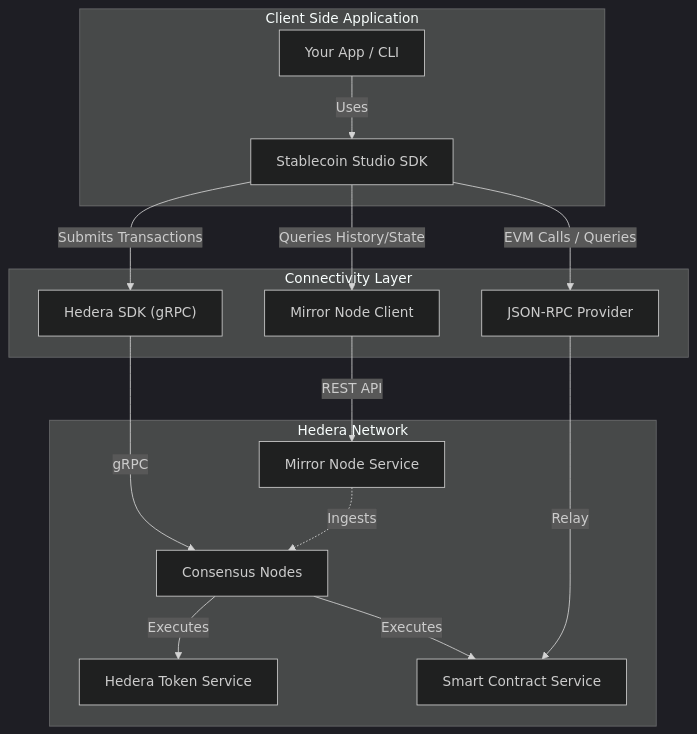
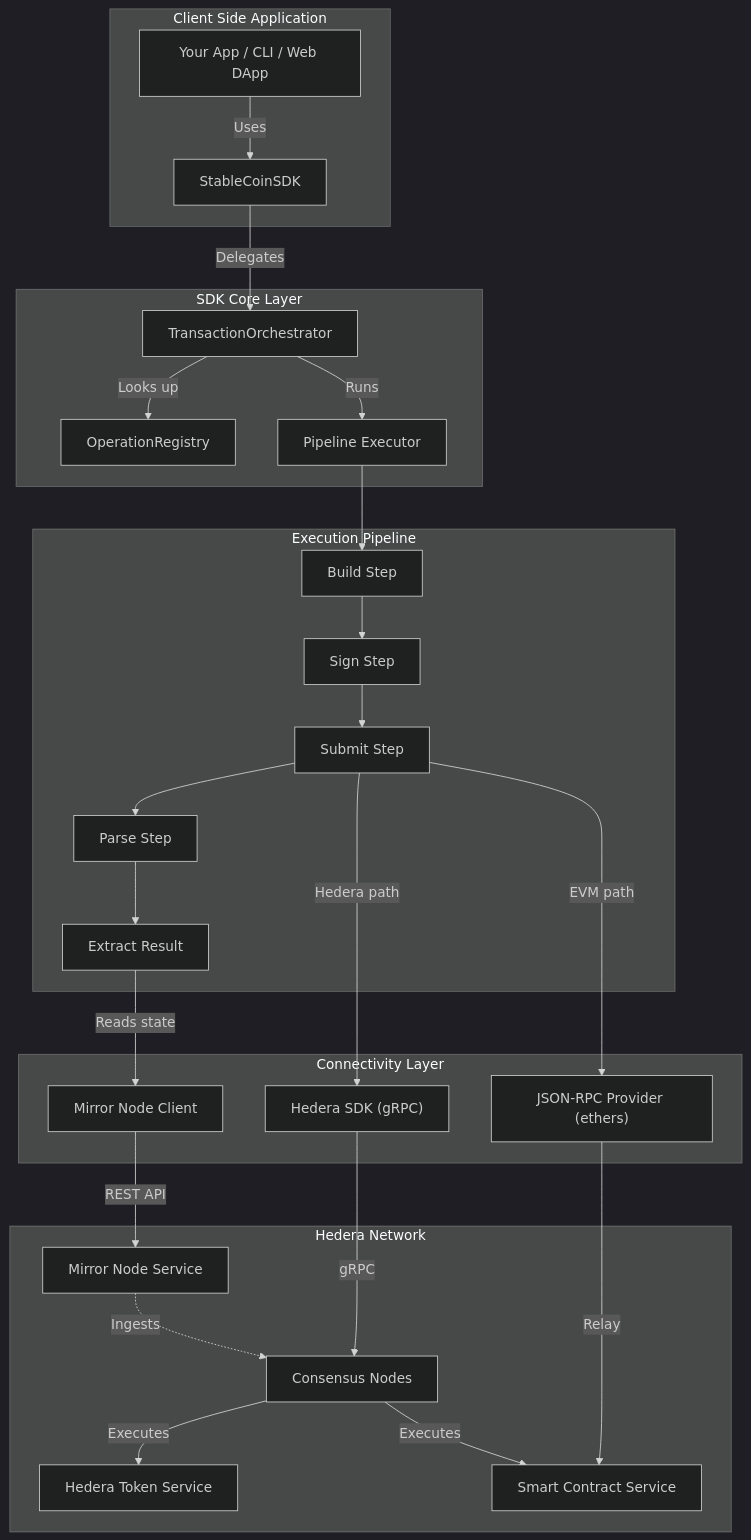
One commit to hashgraph/stablecoin-studio changed the diagram in documentation/sdk/architecture.md. Above: the diagram before and after it, drawn with Mermaid (dark theme). The commit also changed other lines of this file and 10 other files, not shown here.

Commit message:
docs: update SDK documentation to reflect pipeline architecture refactor

````diff
--- a/documentation/sdk/architecture.md
+++ b/documentation/sdk/architecture.md
@@ -16,37 +14,52 @@
 ```mermaid
 graph TD
     subgraph Client_Side ["Client Side Application"]
-        App["Your App / CLI"]
-        SDK["Stablecoin Studio SDK"]
+        App["Your App / CLI / Web DApp"]
+        SDK["StableCoinSDK"]
     end
 
-    subgraph Connectivity_Layer ["Connectivity Layer"]
+    subgraph Core_Layer ["SDK Core Layer"]
+        Orchestrator["TransactionOrchestrator"]
+        Registry["OperationRegistry"]
+        Pipeline["Pipeline Executor"]
+    end
+
+    subgraph Steps ["Execution Pipeline"]
+        Build["Build Step"]
+        Sign["Sign Step"]
+        Submit["Submit Step"]
+        Parse["Parse Step"]
+        Extract["Extract Result"]
+    end
+
+    subgraph Connectivity ["Connectivity Layer"]
         H_SDK["Hedera SDK (gRPC)"]
-        RPC["JSON-RPC Provider"]
+        RPC["JSON-RPC Provider (ethers)"]
         Mirror["Mirror Node Client"]
     end
 
     subgraph Hedera_Network ["Hedera Network"]
         Consensus["Consensus Nodes"]
         HTS["Hedera Token Service"]
         HSCS["Smart Contract Service"]
         MirrorNode["Mirror Node Service"]
     end
 
     App -->|Uses| SDK
+    SDK -->|Delegates| Orchestrator
+    Orchestrator -->|Looks up| Registry
+    Orchestrator -->|Runs| Pipeline
 
-    %% Transaction Submission path
-    SDK -->|Submits Transactions| H_SDK
+    Pipeline --> Build --> Sign --> Submit --> Parse --> Extract
+
+    Submit -->|Hedera path| H_SDK
+    Submit -->|EVM path| RPC
+    Extract -->|Reads state| Mirror
+
     H_SDK -->|gRPC| Consensus
+    RPC -->|Relay| HSCS
     Consensus -->|Executes| HTS
     Consensus -->|Executes| HSCS
-
-    %% Smart Contract View / Call path
-    SDK -->|EVM Calls / Queries| RPC
-    RPC -->|Relay| HSCS
-
-    %% Data Retrieval path
-    SDK -->|Queries History/State| Mirror
     Mirror -->|REST API| MirrorNode
     MirrorNode -.->|Ingests| Consensus
 ```
````
